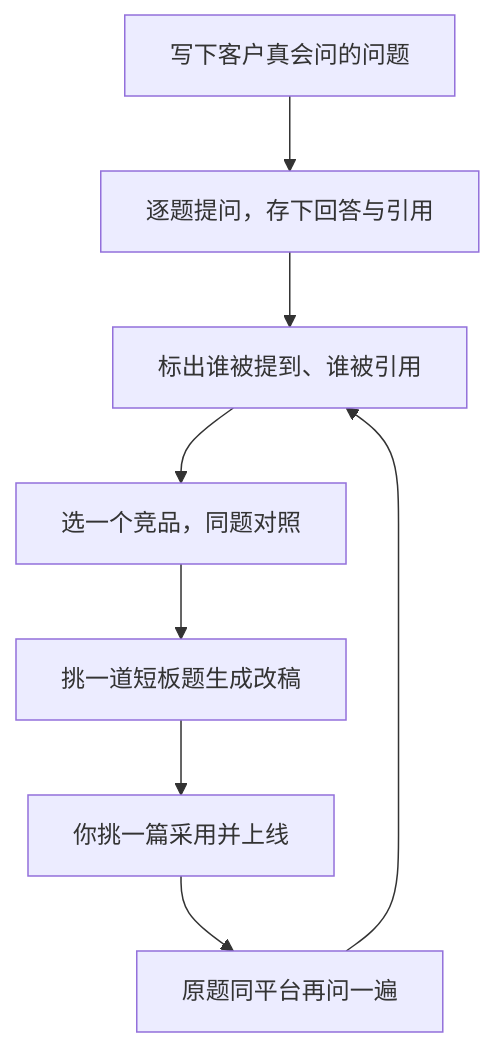
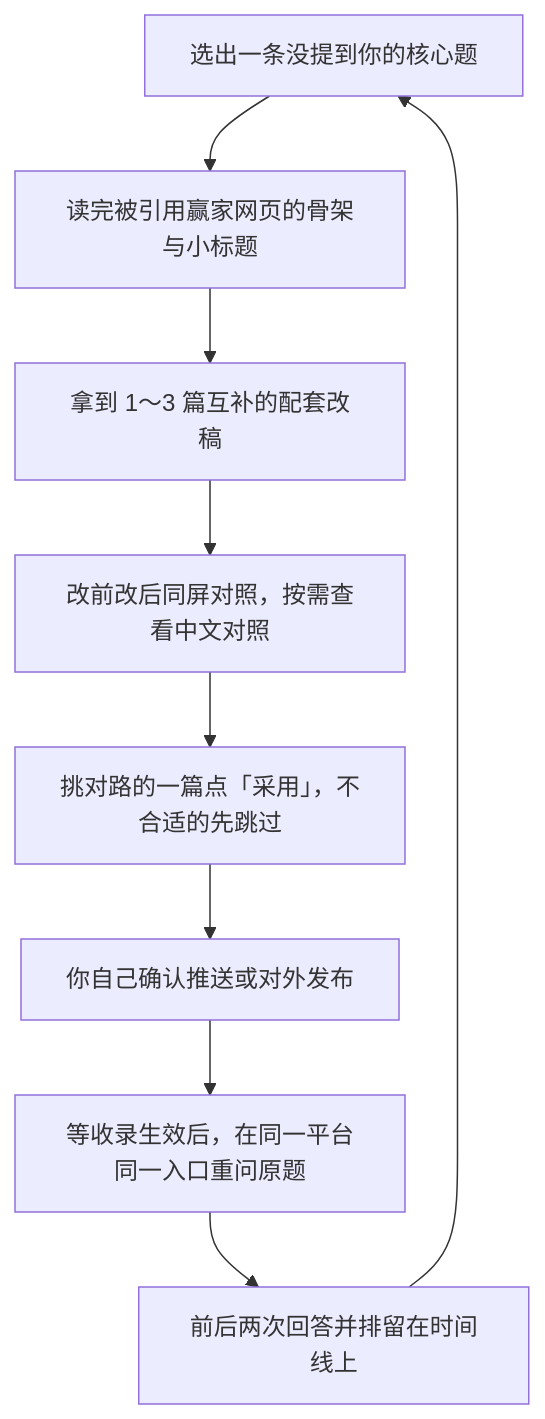
One commit to cooleryu/opengeo changed the third of 3 diagrams in docs/getting-started.zh-CN.md. Above: the diagram before and after it, drawn with Mermaid. The commit also changed other lines of this file and 6 other files, not shown here.

````diff
--- a/docs/getting-started.zh-CN.md
+++ b/docs/getting-started.zh-CN.md
@@ -79,10 +105,11 @@
 ```mermaid
 flowchart TD
-    A["写下客户真会问的问题"] --> B["逐题提问，存下回答与引用"]
-    B --> C["标出谁被提到、谁被引用"]
-    C --> D["选一个竞品，同题对照"]
-    D --> E["挑一道短板题生成改稿"]
-    E --> F["你挑一篇采用并上线"]
-    F --> G["原题同平台再问一遍"]
-    G --> C
+    A["选出一条没提到你的核心题"] --> B["读完被引用赢家网页的骨架与小标题"]
+    B --> C["拿到 1～3 篇互补的配套改稿"]
+    C --> D["改前改后同屏对照，按需查看中文对照"]
+    D --> E["挑对路的一篇点「采用」，不合适的先跳过"]
+    E --> F["你自己确认推送或对外发布"]
+    F --> G["等收录生效后，在同一平台同一入口重问原题"]
+    G --> H["前后两次回答并排留在时间线上"]
+    H --> A
 ```
````
